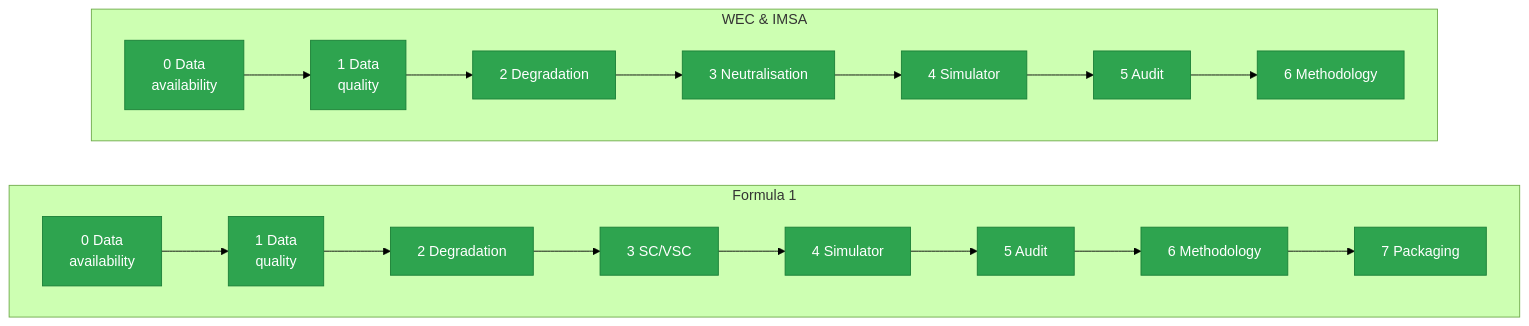
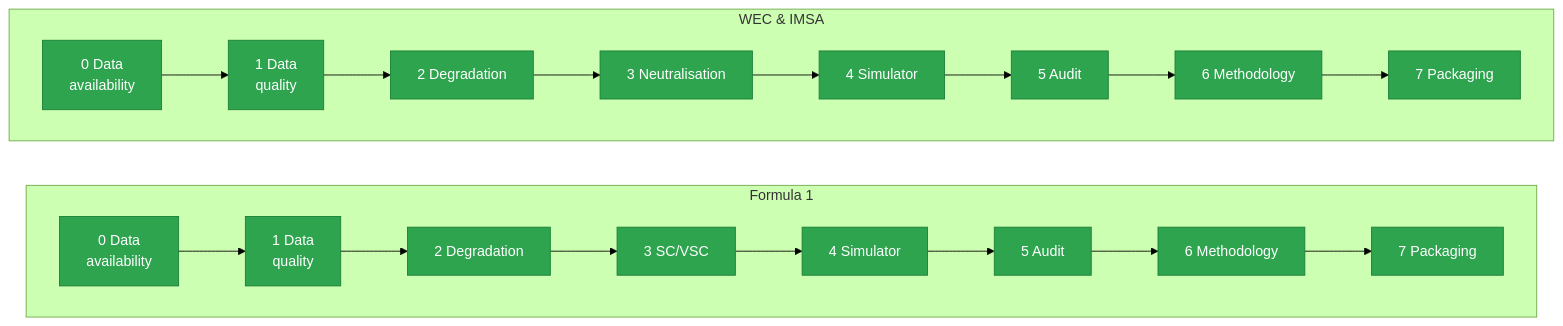
The second of 2 diagrams in README.md (mohammedmedjadj/Motorsport-Strategy-Lab), drawn with Mermaid (forest theme) before and after one commit. The commit also changed other lines of this file and 5 other files, not shown here.

````diff
--- a/README.md
+++ b/README.md
@@ -80,15 +82,15 @@
 ```mermaid
 flowchart LR
     subgraph F1["Formula 1"]
         direction LR
         f0["0 Data<br/>availability"] --> f1["1 Data<br/>quality"] --> f2["2 Degradation"] --> f3["3 SC/VSC"] --> f4["4 Simulator"] --> f5["5 Audit"] --> f6["6 Methodology"] --> f7["7 Packaging"]
     end
     subgraph END["WEC & IMSA"]
         direction LR
-        e0["0 Data<br/>availability"] --> e1["1 Data<br/>quality"] --> e2["2 Degradation"] --> e3["3 Neutralisation"] --> e4["4 Simulator"] --> e5["5 Audit"] --> e6["6 Methodology"]
+        e0["0 Data<br/>availability"] --> e1["1 Data<br/>quality"] --> e2["2 Degradation"] --> e3["3 Neutralisation"] --> e4["4 Simulator"] --> e5["5 Audit"] --> e6["6 Methodology"] --> e7["7 Packaging"]
     end
     classDef done fill:#2ea44f,stroke:#1a7f37,color:#fff
     classDef partial fill:#FFB800,stroke:#b58600,color:#1a1a1a
     class f0,f1,f2,f3,f4,f5,f6,f7 done
-    class e0,e1,e2,e3,e4,e5,e6 done
+    class e0,e1,e2,e3,e4,e5,e6,e7 done
 ```
````
